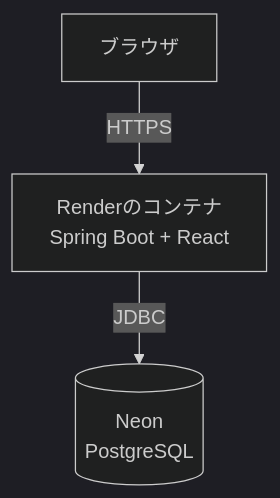
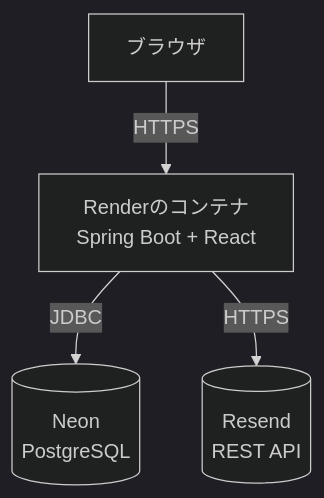
One commit to tomys4529/chikecan changed the fourth of 5 diagrams in README.md. Above: the diagram before and after it, drawn with Mermaid (dark theme). The commit also changed other lines of this file, not shown here.

````diff
--- a/README.md
+++ b/README.md
@@ -178,9 +269,11 @@
 ```mermaid
 flowchart TD
     B["ブラウザ"]
     R["Renderのコンテナ<br/>Spring Boot + React"]
     N[("Neon<br/>PostgreSQL")]
+    S[("Resend<br/>REST API")]
 
     B -->|HTTPS| R
     R -->|JDBC| N
+    R -->|HTTPS| S
 ```
````
